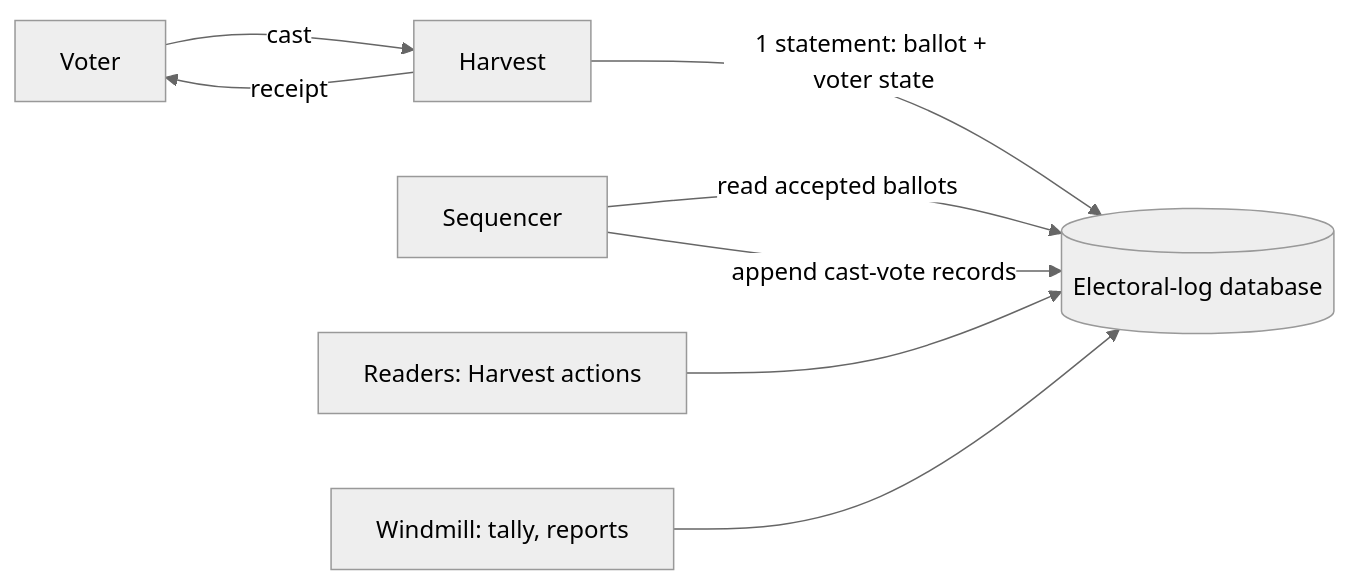
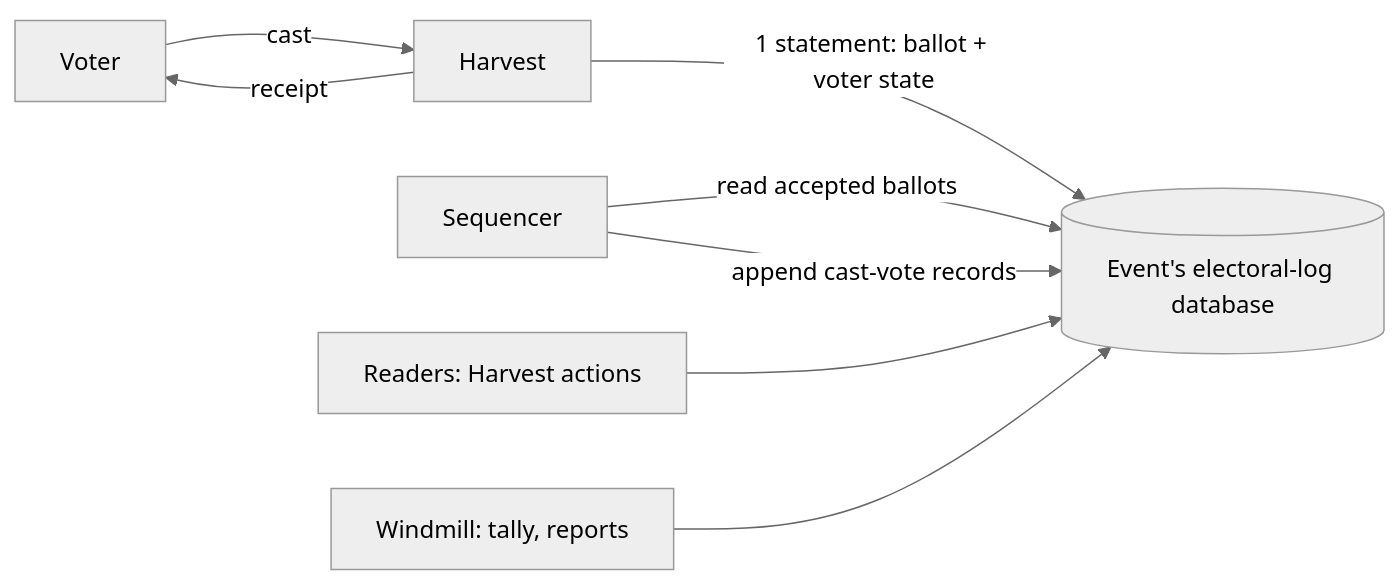
One commit to sequentech/step changed the diagram in docs/docusaurus/docs/07-developers/13-electoral-log/03-electoral-log-ballot-box.md. Above: the diagram before and after it, drawn with Mermaid (neutral theme). The commit also changed other lines of this file and 76 other files, not shown here.

````diff
--- a/docs/docusaurus/docs/07-developers/13-electoral-log/03-electoral-log-ballot-box.md
+++ b/docs/docusaurus/docs/07-developers/13-electoral-log/03-electoral-log-ballot-box.md
@@ -36,10 +36,10 @@
 ```mermaid
 flowchart LR
     V[Voter] -->|cast| H[Harvest]
-    H -->|1 statement: ballot + voter state| T[(Electoral-log database)]
+    H -->|1 statement: ballot + voter state| T[(Event's electoral-log database)]
     H -->|receipt| V
     S[Sequencer] -->|read accepted ballots| T
     S -->|append cast-vote records| T
     R[Readers: Harvest actions] --> T
     W[Windmill: tally, reports] --> T
 ```
````
